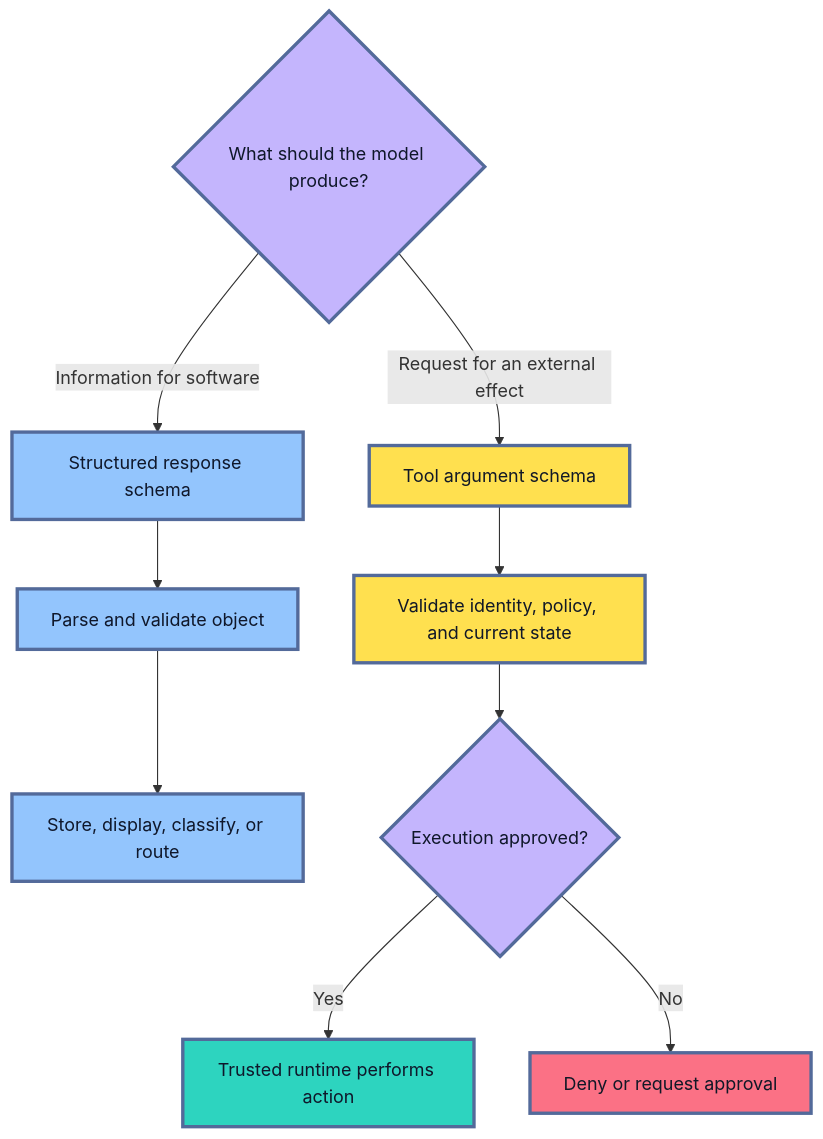
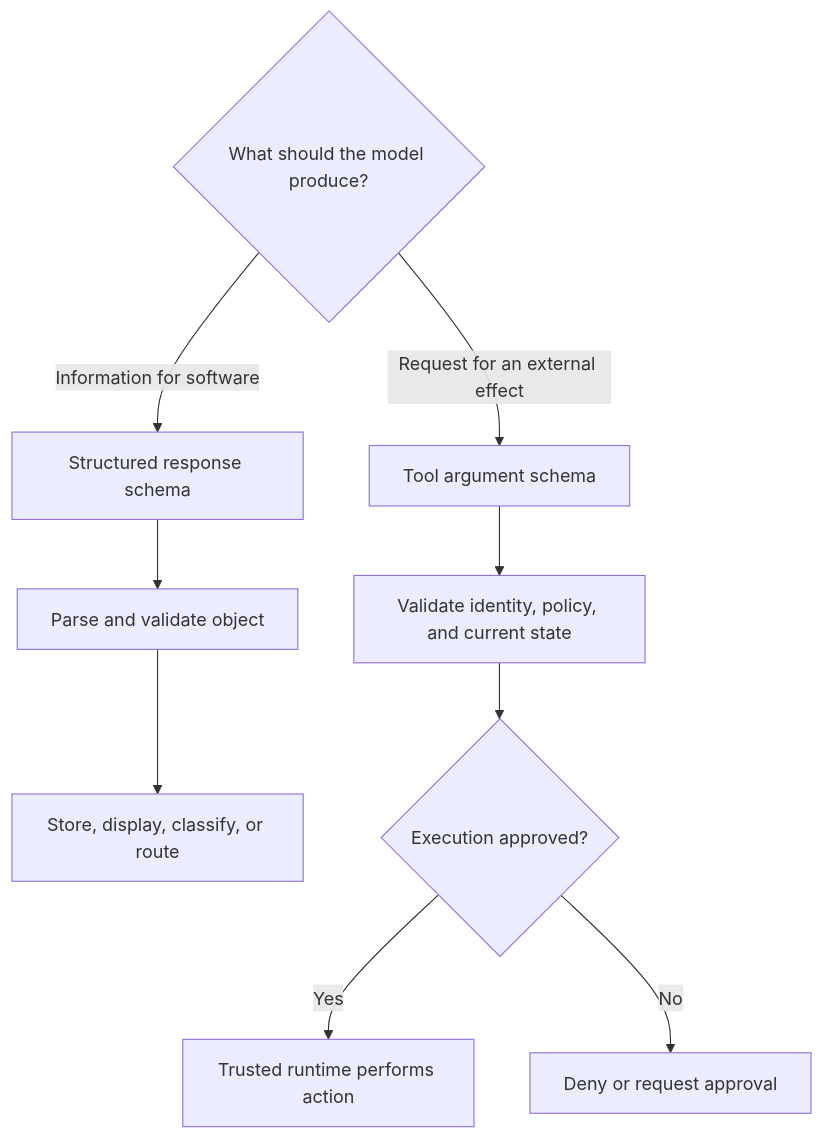
One commit to senlinyy/dev-roadmaps changed the sixth of 9 diagrams in roadmaps/mlops/modules/llmops/llm-app-foundations/02-structured-outputs.md. Above: the diagram before and after it, drawn with Mermaid. The commit also changed other lines of this file and 152 other files, not shown here.

Commit message:
feat: mlops and diagrams updated

````diff
--- a/roadmaps/mlops/modules/llmops/llm-app-foundations/02-structured-outputs.md
+++ b/roadmaps/mlops/modules/llmops/llm-app-foundations/02-structured-outputs.md
@@ -403,23 +390,18 @@
 ```mermaid
 flowchart TD
     A{"What should the model produce?"}
     A -->|"Information for software"| B["Structured response schema"]
     B --> C["Parse and validate object"]
     C --> D["Store, display, classify, or route"]
     A -->|"Request for an external effect"| E["Tool argument schema"]
     E --> F["Validate identity, policy, and current state"]
     F --> G{"Execution approved?"}
     G -->|"Yes"| H["Trusted runtime performs action"]
     G -->|"No"| I["Deny or request approval"]
 
-    classDef question fill:#C4B5FD,stroke:#536A9A,stroke-width:3px,color:#0F172A
-    classDef data fill:#93C5FD,stroke:#536A9A,stroke-width:3px,color:#0F172A
-    classDef action fill:#FFE04F,stroke:#536A9A,stroke-width:3px,color:#111827
-    classDef good fill:#2DD4BF,stroke:#536A9A,stroke-width:3px,color:#0F172A
-    classDef stop fill:#FB7185,stroke:#536A9A,stroke-width:3px,color:#111827
     class A,G question
     class B,C,D data
     class E,F action
     class H good
     class I stop
 ```
````
